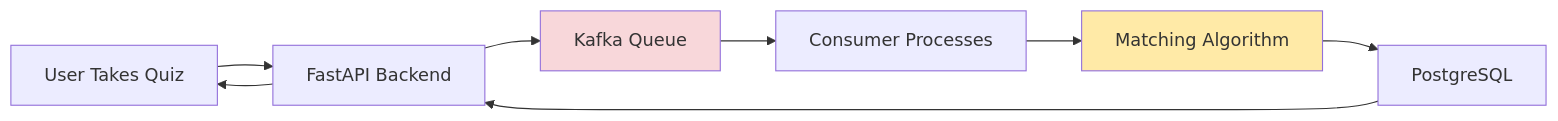
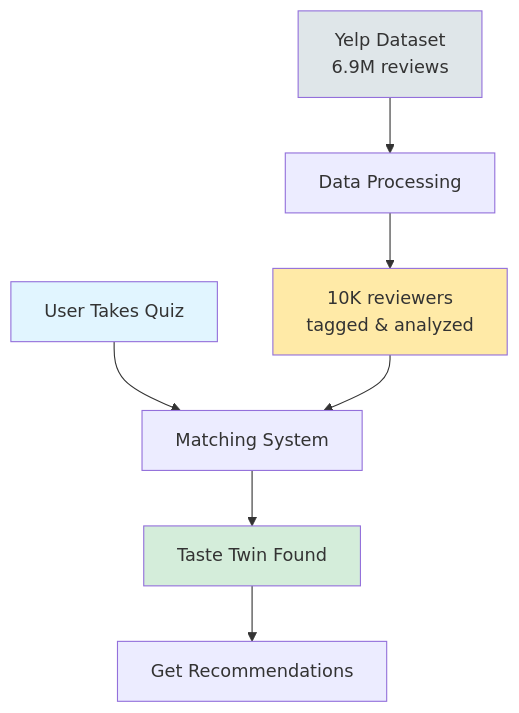
The first of 9 diagrams in README.md (Vihaan8/final_project), drawn with Mermaid before and after one commit. The commit also changed other lines of this file, not shown here.

First line of the commit message:
Complete README rewrite: Comprehensive data architecture documentation

````diff
--- a/README.md
+++ b/README.md
@@ -110,13 +120,15 @@
 ```mermaid
-graph LR
-    A[User Takes Quiz] --> B[FastAPI Backend]
-    B --> C[Kafka Queue]
-    C --> D[Consumer Processes]
-    D --> E[Matching Algorithm]
-    E --> F[PostgreSQL]
-    F --> B
-    B --> A
+graph TD
+    A[User Takes Quiz] --> B[Matching System]
+    B --> C[Taste Twin Found]
+    C --> D[Get Recommendations]
     
-    style C fill:#f8d7da
-    style E fill:#ffeaa7
+    E[Yelp Dataset<br/>6.9M reviews] --> F[Data Processing]
+    F --> G[10K reviewers<br/>tagged & analyzed]
+    G --> B
+    
+    style A fill:#e1f5ff
+    style C fill:#d4edda
+    style E fill:#dfe6e9
+    style G fill:#ffeaa7
 ```
````
